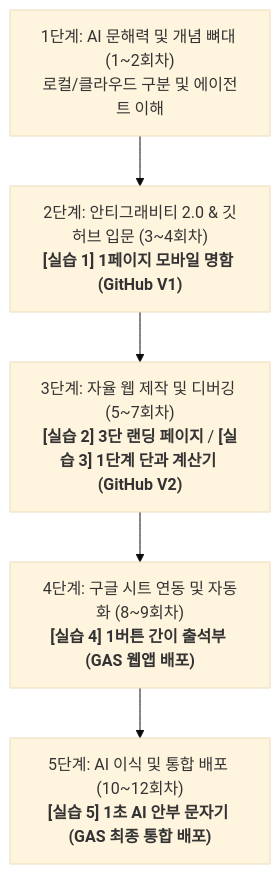
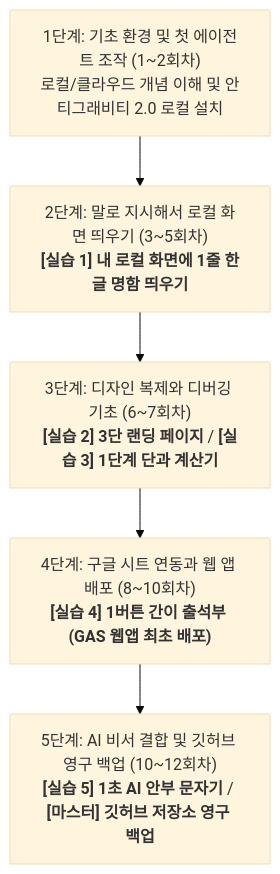
The diagram in AI_Education_Curriculum_12Weeks.md (AI-aca/AIEdu), drawn with Mermaid (base theme) before and after one commit. The commit also changed other lines of this file, not shown here.

Commit message:
비대면 영상교육 최적화: 깃허브 연동 12회차 전면 후행 배치 및 나선형 학습 발달 교정 완료

````diff
--- a/AI_Education_Curriculum_12Weeks.md
+++ b/AI_Education_Curriculum_12Weeks.md
@@ -11,7 +11,7 @@
 ```mermaid
 graph TD
-    A["1단계: AI 문해력 및 개념 뼈대 (1~2회차)<br>로컬/클라우드 구분 및 에이전트 이해"] --> B["2단계: 안티그래비티 2.0 & 깃허브 입문 (3~4회차)<br><b>[실습 1] 1페이지 모바일 명함 (GitHub V1)</b>"]
-    B --> C["3단계: 자율 웹 제작 및 디버깅 (5~7회차)<br><b>[실습 2] 3단 랜딩 페이지</b> / <b>[실습 3] 1단계 단과 계산기 (GitHub V2)</b>"]
-    C --> D["4단계: 구글 시트 연동 및 자동화 (8~9회차)<br><b>[실습 4] 1버튼 간이 출석부 (GAS 웹앱 배포)</b>"]
-    D --> E["5단계: AI 이식 및 통합 배포 (10~12회차)<br><b>[실습 5] 1초 AI 안부 문자기 (GAS 최종 통합 배포)</b>"]
+    A["1단계: 기초 환경 및 첫 에이전트 조작 (1~2회차)<br>로컬/클라우드 개념 이해 및 안티그래비티 2.0 로컬 설치"] --> B["2단계: 말로 지시해서 로컬 화면 띄우기 (3~5회차)<br><b>[실습 1] 내 로컬 화면에 1줄 한글 명함 띄우기</b>"]
+    B --> C["3단계: 디자인 복제와 디버깅 기초 (6~7회차)<br><b>[실습 2] 3단 랜딩 페이지</b> / <b>[실습 3] 1단계 단과 계산기</b>"]
+    C --> D["4단계: 구글 시트 연동과 웹 앱 배포 (8~10회차)<br><b>[실습 4] 1버튼 간이 출석부 (GAS 웹앱 최초 배포)</b>"]
+    D --> E["5단계: AI 비서 결합 및 깃허브 영구 백업 (10~12회차)<br><b>[실습 5] 1초 AI 안부 문자기</b> / <b>[마스터] 깃허브 저장소 영구 백업</b>"]
 ```
````
